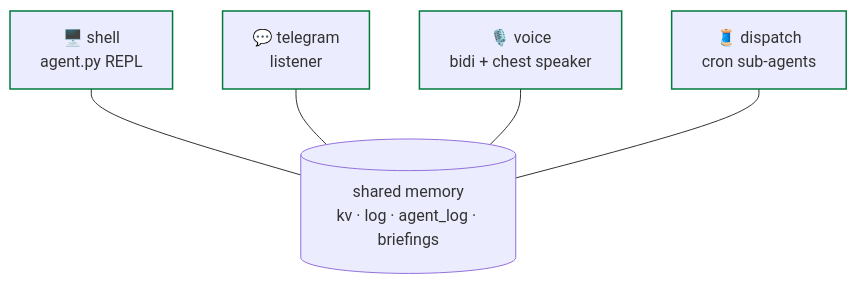
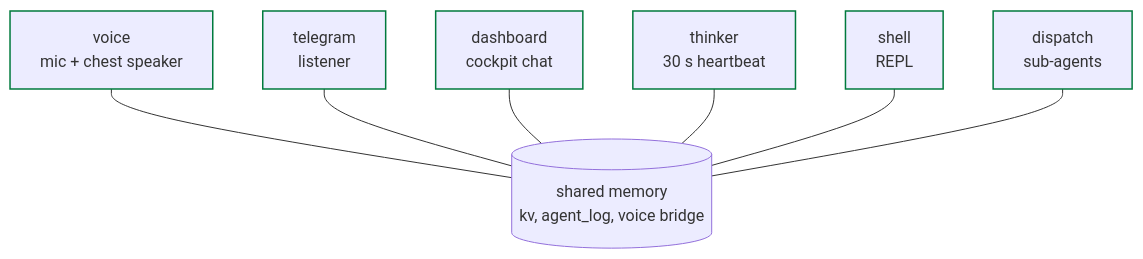
Before and after one commit to cagataycali/neon-the-g1: the third of 3 diagrams in docs/guide/architecture.md, drawn with Mermaid. The commit also changed other lines of this file and 5 other files, not shown here.

````diff
--- a/docs/guide/architecture.md
+++ b/docs/guide/architecture.md
@@ -70,10 +70,12 @@
 ```mermaid
 flowchart TB
-  MEM[("shared memory<br/>kv · log · agent_log · briefings")]
-  SH["🖥️ shell<br/>agent.py REPL"] --- MEM
-  TG["💬 telegram<br/>listener"] --- MEM
-  VC["🎙️ voice<br/>bidi + chest speaker"] --- MEM
-  DP["🧵 dispatch<br/>cron sub-agents"] --- MEM
+  MEM[("shared memory<br/>kv, agent_log, voice bridge")]
+  VC["voice<br/>mic + chest speaker"] --- MEM
+  TG["telegram<br/>listener"] --- MEM
+  DB["dashboard<br/>cockpit chat"] --- MEM
+  TH["thinker<br/>30 s heartbeat"] --- MEM
+  SH["shell<br/>REPL"] --- MEM
+  DP["dispatch<br/>sub-agents"] --- MEM
   classDef p stroke:#007a3d,stroke-width:1.5px
-  class SH,TG,VC,DP p
+  class VC,TG,DB,TH,SH,DP p
 ```
````
